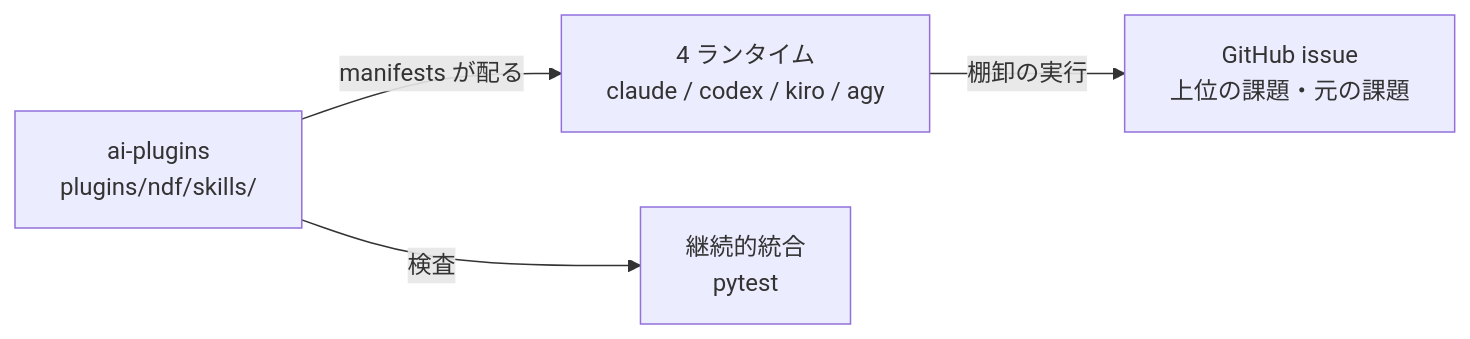
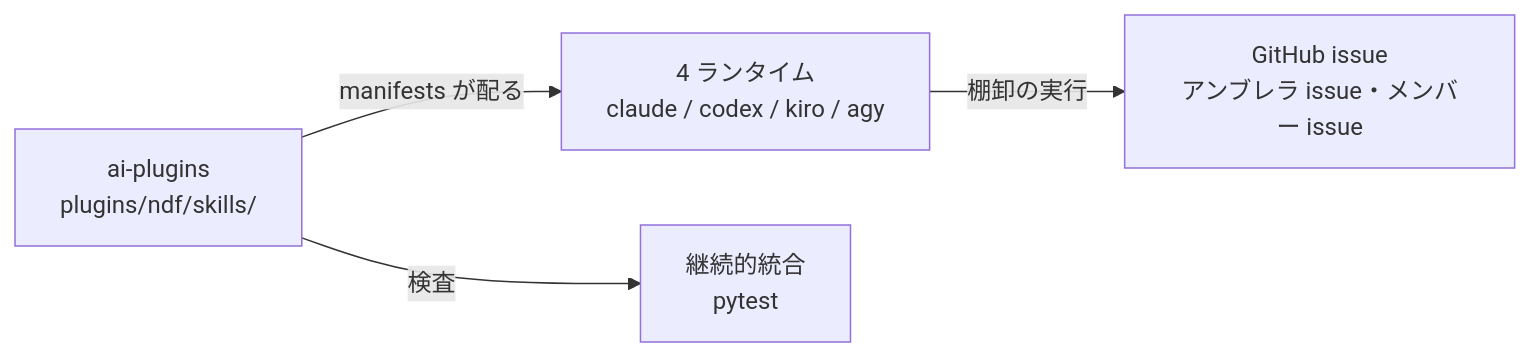
Before and after one commit to devbasex/ai-plugins: the third of 3 diagrams in issues/issue-712-713-design.md, drawn with Mermaid. The commit also changed other lines of this file and 1 other file, not shown here.

````diff
--- a/issues/issue-712-713-design.md
+++ b/issues/issue-712-713-design.md
@@ -269,6 +272,6 @@
 ```mermaid
 graph LR
     REPO["ai-plugins<br/>plugins/ndf/skills/"] -->|manifests が配る| RT["4 ランタイム<br/>claude / codex / kiro / agy"]
-    RT -->|棚卸の実行| GH["GitHub issue<br/>上位の課題・元の課題"]
+    RT -->|棚卸の実行| GH["GitHub issue<br/>アンブレラ issue・メンバー issue"]
     REPO -->|検査| CI["継続的統合<br/>pytest"]
 ```
````
